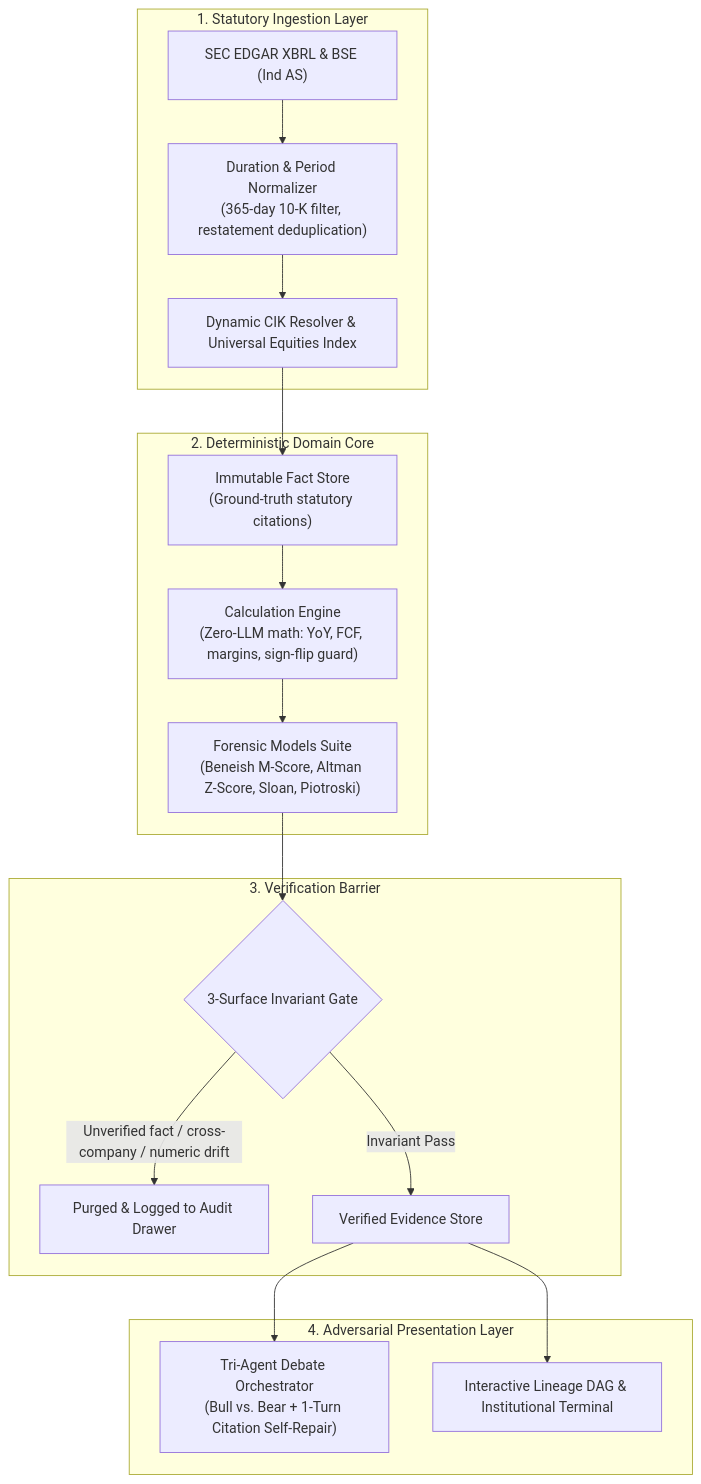
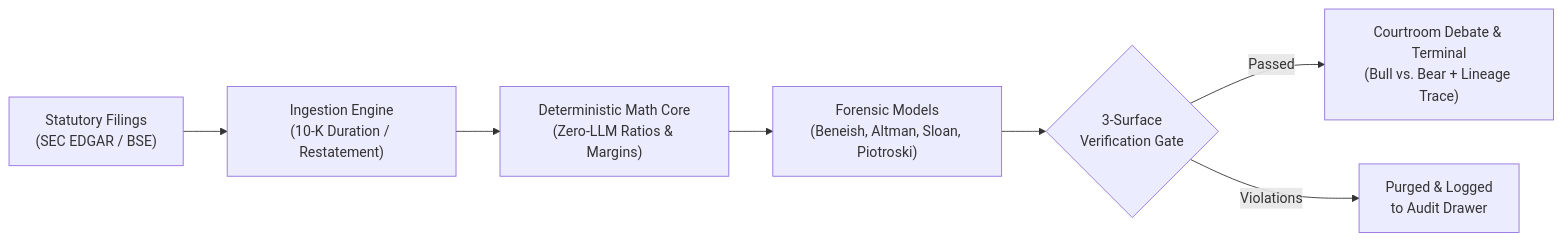
The diagram in README.md (Dhanush-Annam/Finvestigate), drawn with Mermaid before and after one commit. The commit also changed other lines of this file, not shown here.

Commit message:
docs: improve readme with accurate scripts, deployment, and test suite

````diff
--- a/README.md
+++ b/README.md
@@ -17,24 +15,9 @@
 ```mermaid
-flowchart TD
-    subgraph Ingestion["1. Statutory Ingestion Layer"]
-        A["SEC EDGAR XBRL & BSE (Ind AS)"] --> B["Duration & Period Normalizer<br/>(365-day 10-K filter, restatement deduplication)"]
-        B --> C["Dynamic CIK Resolver & Universal Equities Index"]
-    end
-
-    subgraph Core["2. Deterministic Domain Core"]
-        C --> D["Immutable Fact Store<br/>(Ground-truth statutory citations)"]
-        D --> E["Calculation Engine<br/>(Zero-LLM math: YoY, FCF, margins, sign-flip guard)"]
-        E --> F["Forensic Models Suite<br/>(Beneish M-Score, Altman Z-Score, Sloan, Piotroski)"]
-    end
-
-    subgraph Verification["3. Verification Barrier"]
-        F --> G{"3-Surface Invariant Gate"}
-        G -->|"Unverified fact / cross-company / numeric drift"| H["Purged & Logged to Audit Drawer"]
-        G -->|"Invariant Pass"| I["Verified Evidence Store"]
-    end
-
-    subgraph Interface["4. Adversarial Presentation Layer"]
-        I --> J["Tri-Agent Debate Orchestrator<br/>(Bull vs. Bear + 1-Turn Citation Self-Repair)"]
-        I --> K["Interactive Lineage DAG & Institutional Terminal"]
-    end
+flowchart LR
+    A["Statutory Filings<br/>(SEC EDGAR / BSE)"] --> B["Ingestion Engine<br/>(10-K Duration / Restatement)"]
+    B --> C["Deterministic Math Core<br/>(Zero-LLM Ratios & Margins)"]
+    C --> D["Forensic Models<br/>(Beneish, Altman, Sloan, Piotroski)"]
+    D --> E{"3-Surface<br/>Verification Gate"}
+    E -->|"Passed"| F["Courtroom Debate & Terminal<br/>(Bull vs. Bear + Lineage Trace)"]
+    E -->|"Violations"| G["Purged & Logged<br/>to Audit Drawer"]
 ```
````
